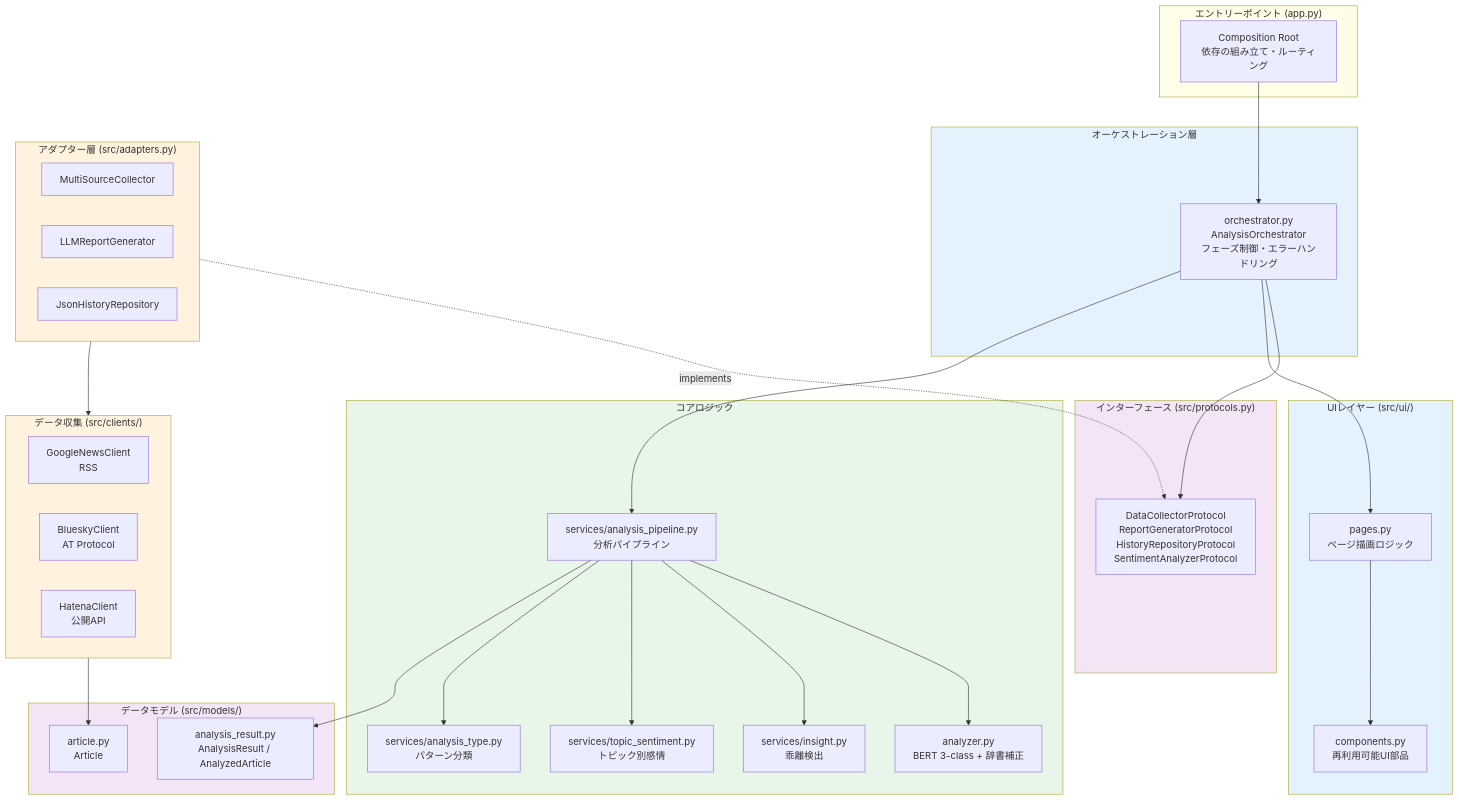
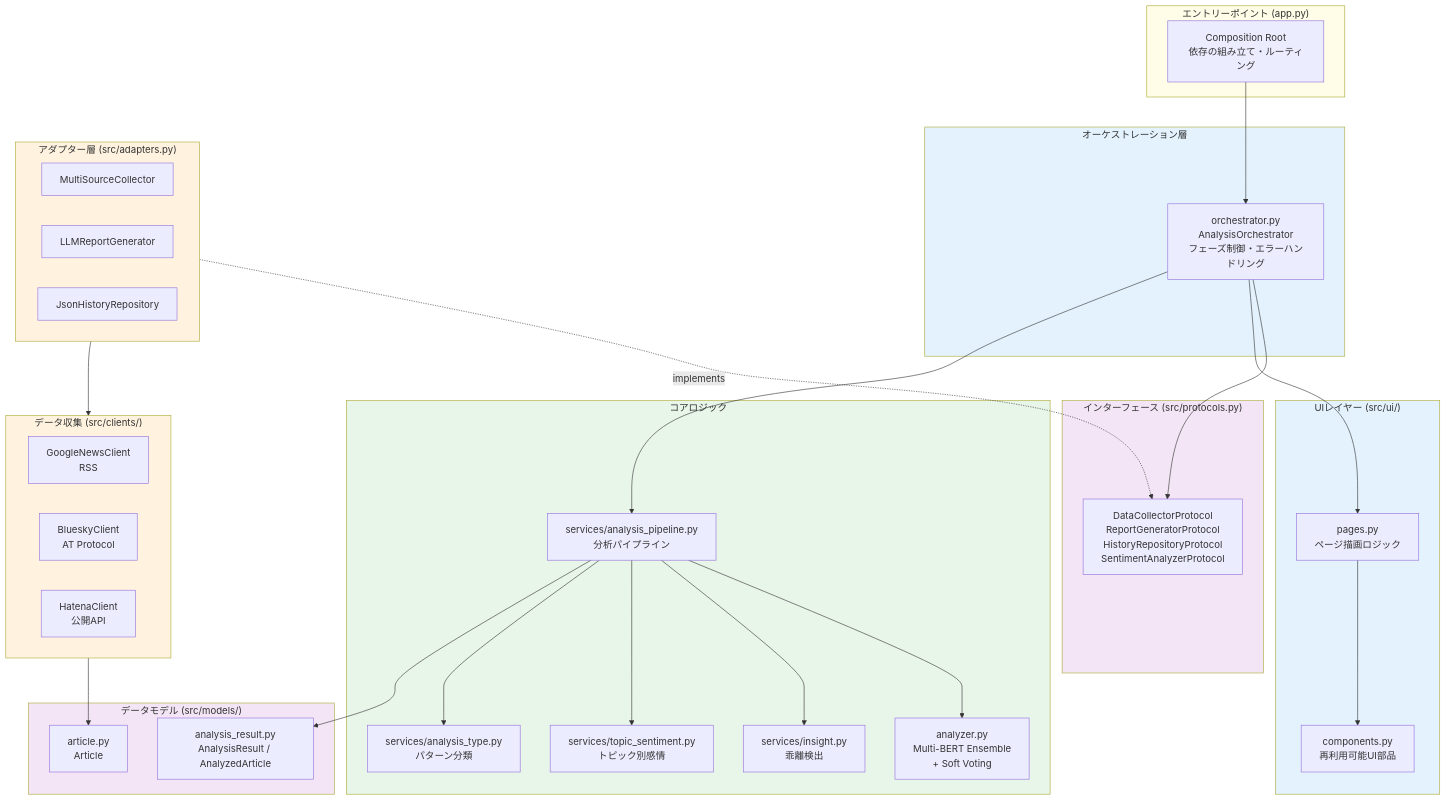
The second of 2 diagrams in README.md (yutnagase/trend-insight-ai), drawn with Mermaid before and after one commit. The commit also changed other lines of this file and 3 other files, not shown here.

````diff
--- a/README.md
+++ b/README.md
@@ -135,67 +136,67 @@
 ```mermaid
 flowchart TB
     subgraph Entry["エントリーポイント (app.py)"]
         EP["Composition Root<br/>依存の組み立て・ルーティング"]
     end
 
     subgraph Orchestration["オーケストレーション層"]
         OC["orchestrator.py<br/>AnalysisOrchestrator<br/>フェーズ制御・エラーハンドリング"]
     end
 
     subgraph UI["UIレイヤー (src/ui/)"]
         UI1["pages.py<br/>ページ描画ロジック"]
         UI2["components.py<br/>再利用可能UI部品"]
     end
 
     subgraph Core["コアロジック"]
-        AN["analyzer.py<br/>BERT 3-class + 辞書補正"]
+        AN["analyzer.py<br/>Multi-BERT Ensemble<br/>+ Soft Voting"]
         PL["services/analysis_pipeline.py<br/>分析パイプライン"]
         IN["services/insight.py<br/>乖離検出"]
         TS["services/topic_sentiment.py<br/>トピック別感情"]
         AT["services/analysis_type.py<br/>パターン分類"]
     end
 
     subgraph Adapters["アダプター層 (src/adapters.py)"]
         AD1["MultiSourceCollector"]
         AD2["LLMReportGenerator"]
         AD3["JsonHistoryRepository"]
     end
 
     subgraph Protocols["インターフェース (src/protocols.py)"]
         PR["DataCollectorProtocol<br/>ReportGeneratorProtocol<br/>HistoryRepositoryProtocol<br/>SentimentAnalyzerProtocol"]
     end
 
     subgraph DataCollection["データ収集 (src/clients/)"]
         C1["GoogleNewsClient<br/>RSS"]
         C2["BlueskyClient<br/>AT Protocol"]
         C3["HatenaClient<br/>公開API"]
     end
 
     subgraph Model["データモデル (src/models/)"]
         MD1["article.py<br/>Article"]
         MD2["analysis_result.py<br/>AnalysisResult / AnalyzedArticle"]
     end
 
     EP --> OC
     OC --> PR
     Adapters -.->|implements| PR
     OC --> UI1
     UI1 --> UI2
     OC --> PL
     PL --> AN
     PL --> IN
     PL --> TS
     PL --> AT
     Adapters --> DataCollection
     DataCollection --> MD1
     PL --> MD2
 
     style Entry fill:#fffde7
     style Orchestration fill:#e3f2fd
     style UI fill:#e3f2fd
     style Core fill:#e8f5e9
     style Adapters fill:#fff3e0
     style Protocols fill:#f3e5f5
     style DataCollection fill:#fff3e0
     style Model fill:#f3e5f5
 ```
````
